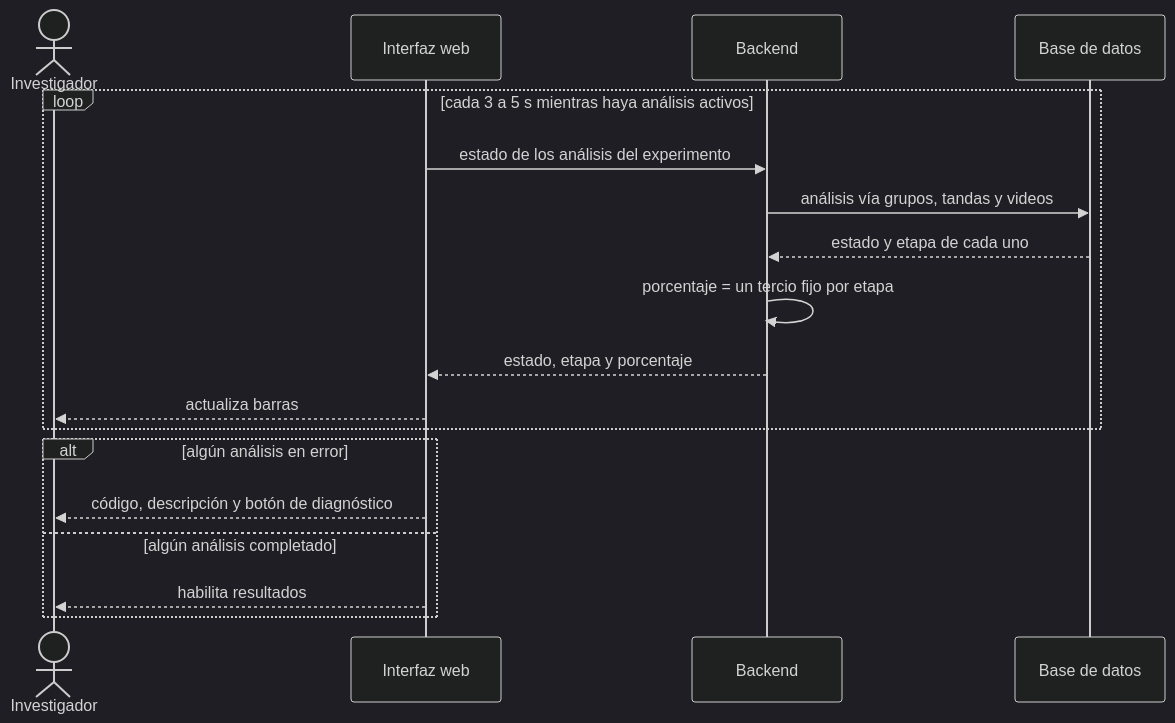
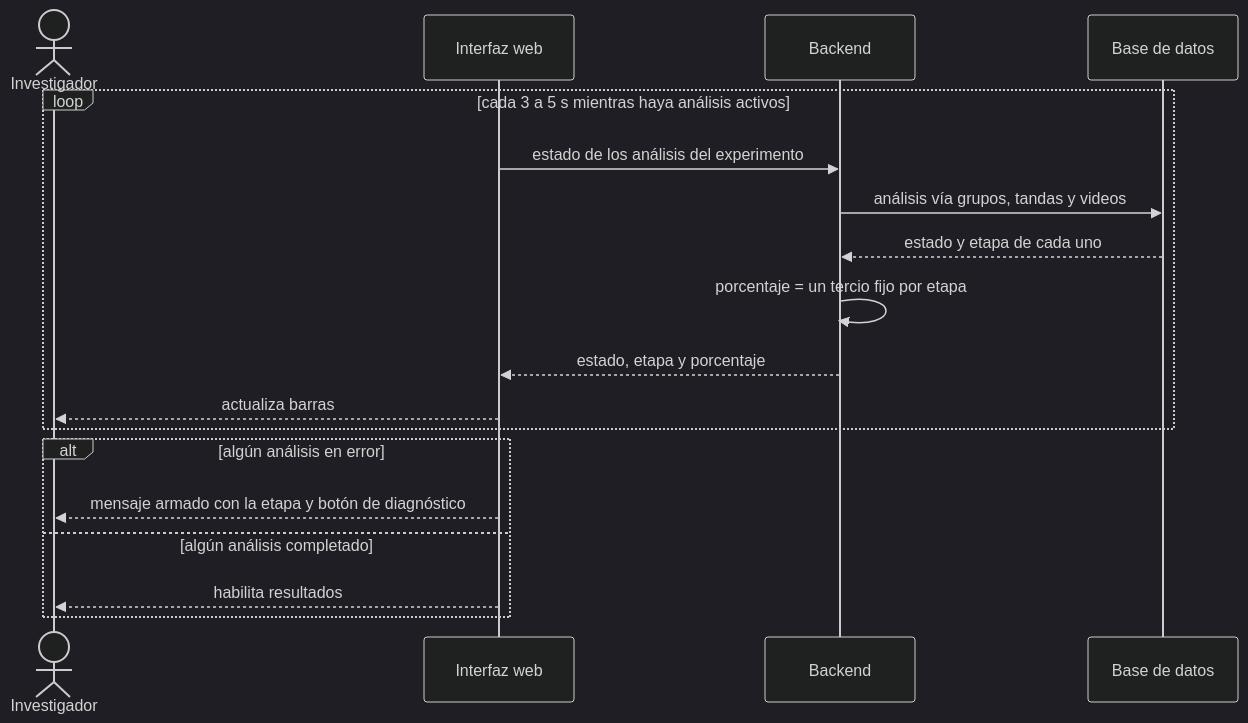
The sixth of 38 diagrams in INSTRUCCIONES-WEB.md (ErickJester/fst-ai-system-latex), drawn with Mermaid (dark theme) before and after one commit. The commit also changed other lines of this file and 9 other files, not shown here.

````diff
--- a/INSTRUCCIONES-WEB.md
+++ b/INSTRUCCIONES-WEB.md
@@ -747,20 +746,20 @@
 ```mermaid
 sequenceDiagram
   actor I as Investigador
   participant UI as Interfaz web
   participant API as Backend
   participant DB as Base de datos
   loop cada 3 a 5 s mientras haya análisis activos
     UI->>API: estado de los análisis del experimento
     API->>DB: análisis vía grupos, tandas y videos
     DB-->>API: estado y etapa de cada uno
     API->>API: porcentaje = un tercio fijo por etapa
     API-->>UI: estado, etapa y porcentaje
     UI-->>I: actualiza barras
   end
   alt algún análisis en error
-    UI-->>I: código, descripción y botón de diagnóstico
+    UI-->>I: mensaje armado con la etapa y botón de diagnóstico
   else algún análisis completado
     UI-->>I: habilita resultados
   end
 ```
````
